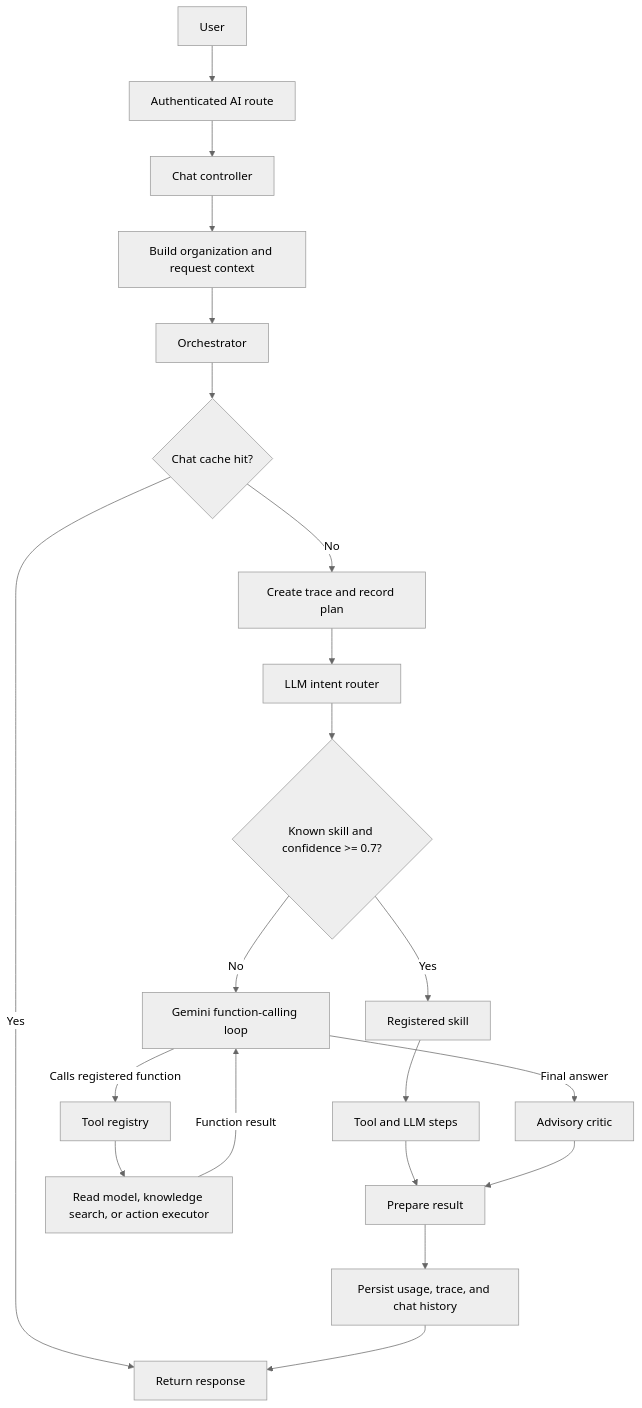
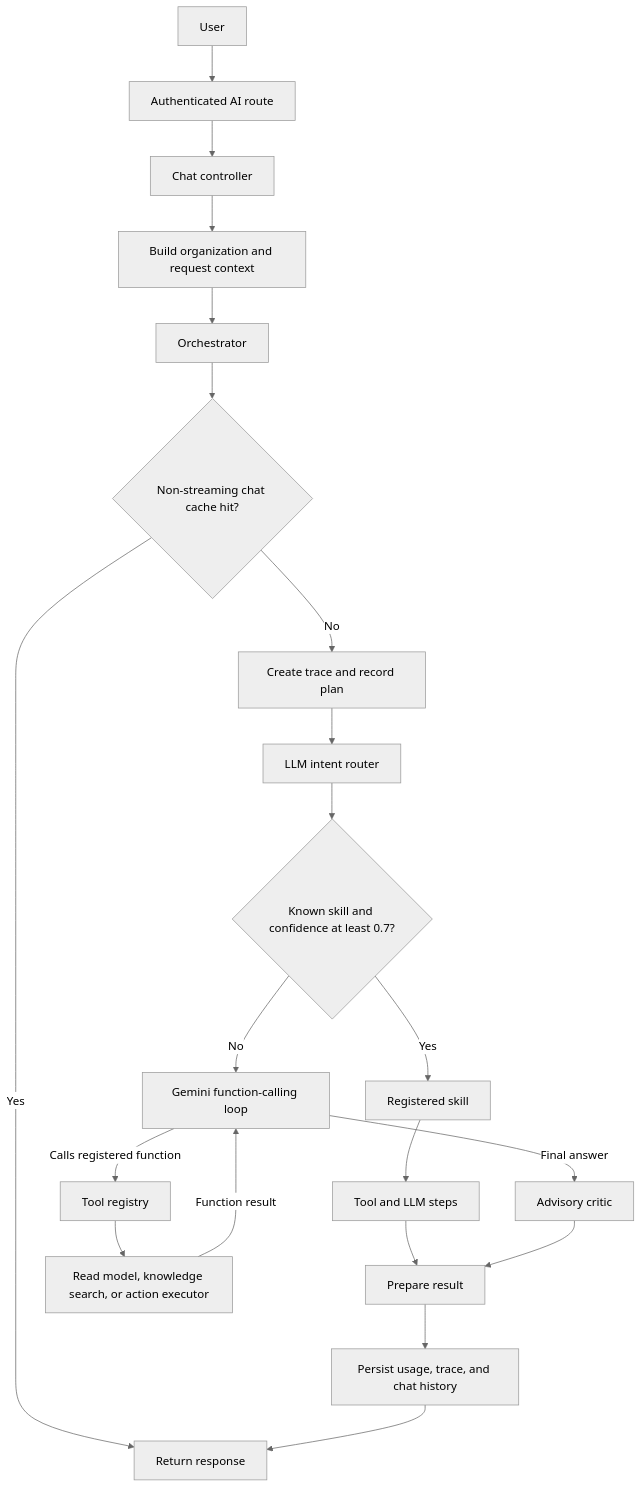
Before and after one commit to amathziah/capitaedgex: the first of 4 diagrams in docs/ai-architecture.md, drawn with Mermaid (neutral theme). The commit also changed other lines of this file and 1 other file, not shown here.

Commit message:
docs: add layer-by-layer AI architecture

````diff
--- a/docs/ai-architecture.md
+++ b/docs/ai-architecture.md
@@ -9,23 +9,23 @@
 ```mermaid
 flowchart TD
     USER[User] --> HTTP[Authenticated AI route]
     HTTP --> CTRL[Chat controller]
     CTRL --> CTX[Build organization and request context]
     CTX --> ORCH[Orchestrator]
-    ORCH --> CACHE{Chat cache hit?}
+    ORCH --> CACHE{Non-streaming chat cache hit?}
     CACHE -->|Yes| RETURN[Return response]
     CACHE -->|No| TRACE[Create trace and record plan]
     TRACE --> IR[LLM intent router]
-    IR --> SELECT{Known skill and confidence >= 0.7?}
+    IR --> SELECT{Known skill and confidence at least 0.7?}
     SELECT -->|Yes| SKILL[Registered skill]
     SELECT -->|No| LOOP[Gemini function-calling loop]
     SKILL --> STEP[Tool and LLM steps]
     STEP --> RESULT[Prepare result]
     LOOP -->|Calls registered function| REG[Tool registry]
     REG --> SUB[Read model, knowledge search, or action executor]
     SUB -->|Function result| LOOP
     LOOP -->|Final answer| CRITIC[Advisory critic]
     CRITIC --> RESULT
     RESULT --> SAVE[Persist usage, trace, and chat history]
     SAVE --> RETURN
 ```
````
